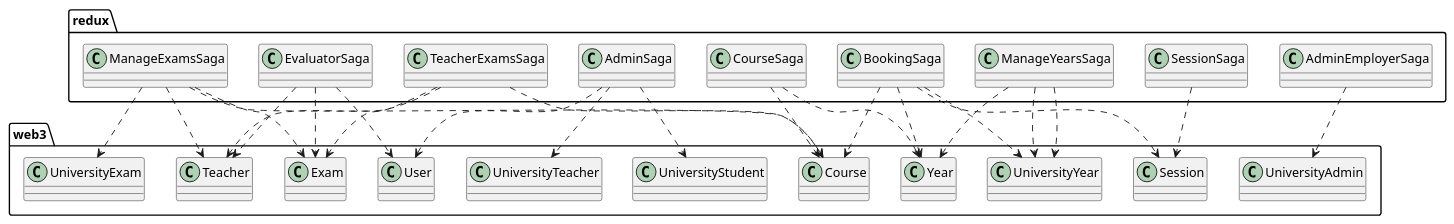
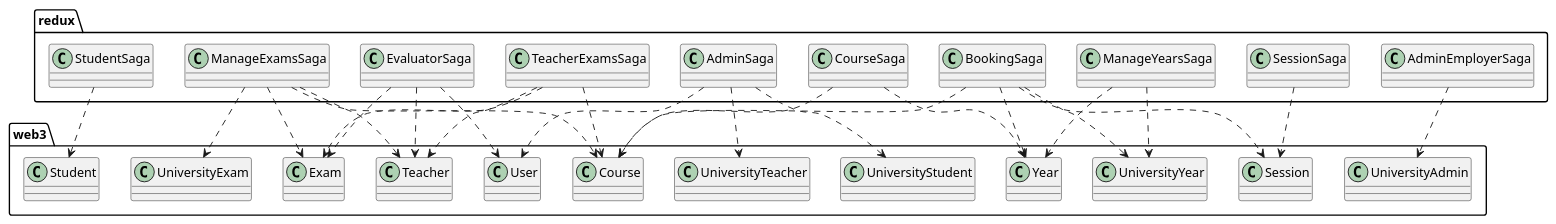
One commit to M9k/Marvin-Uml changed the diagram in marvin/redux_web3.iuml. Above: the diagram before and after it, drawn with PlantUML.

Commit message:
piccola correzione

```diff
--- a/marvin/redux_web3.iuml
+++ b/marvin/redux_web3.iuml
@@ -1,60 +1,60 @@
 redux.SessionSaga ..> web3.Session
 'getData, getRole'
 
 
 redux.BookingSaga ..> web3.Session
 'create'
 ''''''''''''''''''
 redux.BookingSaga ..> web3.Year
 'getAcademicYearContractByYear
 redux.BookingSaga ..> web3.UniversityYear
 'getCourseNumber, getCourseContractAt
 redux.BookingSaga ..> web3.Course
 'getName
 
 redux.AdminEmployerSaga ..> web3.UniversityAdmin
 'getAdminNumber, getAdminAt, addAdmin, removeAdmin'
 
 redux.AdminSaga ..> web3.UniversityStudent
 'getStudent*, getNonApprovedStudent*'
 redux.AdminSaga ..> web3.UniversityTeacher
 'getTeacher*, getNonApprovedTeacher*'
 redux.AdminSaga ..> web3.User
 
 redux.ManageYearsSaga ..> web3.UniversityYear
 'getAcademicYerNumber, getAcademicYearContractAt,''
 ''''''''''''''''''''addAdmin, removeAdmin
 redux.ManageYearsSaga ..> web3.Year
 'getSolarYear'
 
 redux.EvaluatorSaga ..> web3.Exam
 'getEnrolled*'
 redux.EvaluatorSaga ..> web3.User
 'getName, getSurname'
 '''''''''''''
 redux.EvaluatorSaga ..> web3.Teacher
 'registerNewVoteStudentExam'
 
 redux.TeacherExamsSaga ..> web3.Teacher
 'getExam*'
 redux.TeacherExamsSaga ..> web3.Exam
 'getName, getCourse'
 redux.TeacherExamsSaga ..> web3.Course
 'getName'
 
 redux.CourseSaga ..>web3.Year
 'addNewCourse, getSolarYear'
 redux.CourseSaga ..>web3.Course
 'getName, getSolarYear'
 
 redux.ManageExamsSaga ..>web3.Course
 'addNewExam, getName, getExamContractAt'
 redux.ManageExamsSaga ..>web3.Exam
 'getName, getCredits, getTeacherContract'
 redux.ManageExamsSaga ..>web3.Teacher
 'getName, getSurname, getAddress'
 redux.ManageExamsSaga ..>web3.UniversityExam
 'associateTeacherToExam'
 
-redux.ManageYearsSaga ..>web3.UniversityYear
-'addNewYear, removeAcademicYear, getAcademicYear*'
+redux.StudentSaga ..>web3.Student
+'getExam*, EnrollToOptionalExam'
```
